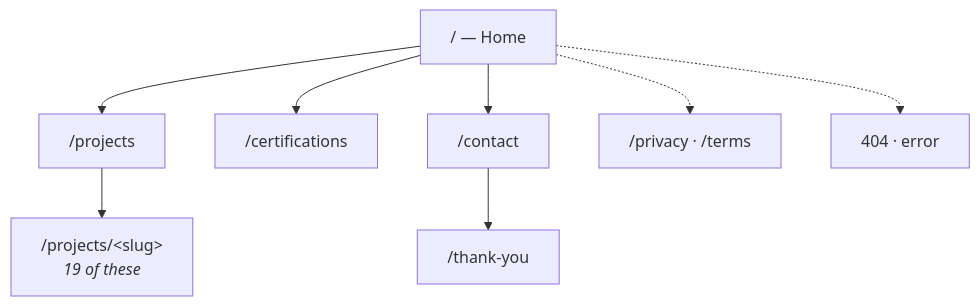
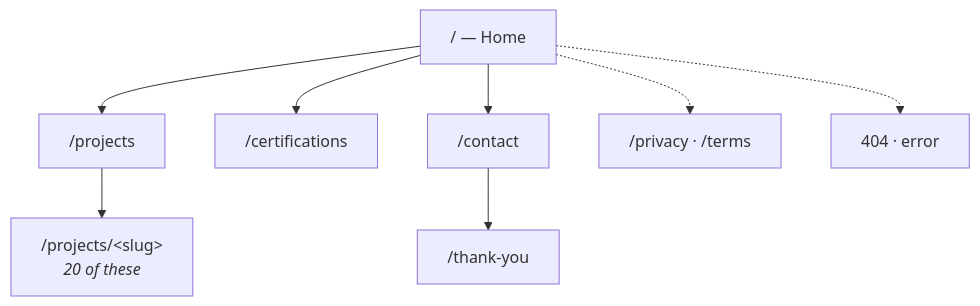
The third of 8 diagrams in README.md (Srinivasan-78/srinivasan-78.github.io), drawn with Mermaid before and after one commit. The commit also changed other lines of this file and 77 other files, not shown here.

````diff
--- a/README.md
+++ b/README.md
@@ -132,17 +132,17 @@
 ```mermaid
 flowchart TD
     H["/ — Home"]
     P["/projects"]
-    PD["/projects/&lt;slug&gt;<br/><i>19 of these</i>"]
+    PD["/projects/&lt;slug&gt;<br/><i>20 of these</i>"]
     C["/certifications"]
     K["/contact"]
     T["/thank-you"]
     L["/privacy · /terms"]
     E["404 · error"]
 
     H --> P --> PD
     H --> C
     H --> K --> T
     H -.-> L
     H -.-> E
 ```
````
